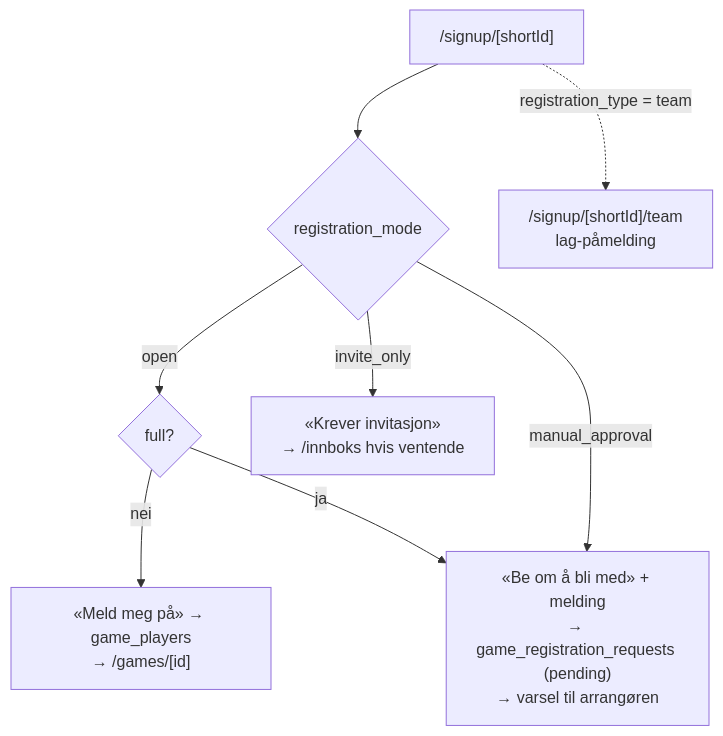
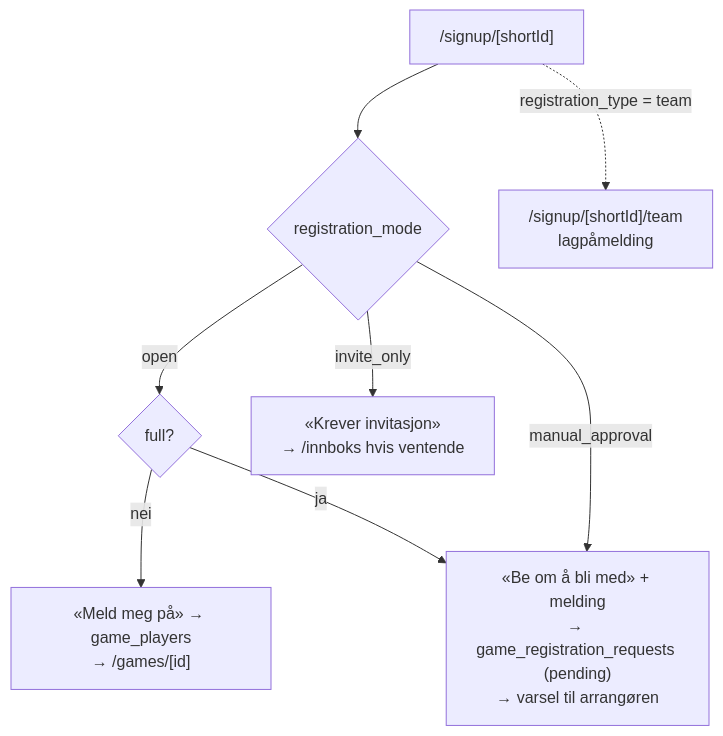
The third of 6 diagrams in docs/user-flows.md (jdlarssen/golf-app), drawn with Mermaid before and after one commit. The commit also changed other lines of this file, not shown here.

First line of the commit message:
docs(flows): the web's team form and team page after #2840 del 5

````diff
--- a/docs/user-flows.md
+++ b/docs/user-flows.md
@@ -213,10 +213,10 @@
 ```mermaid
 flowchart TD
   S["/signup/[shortId]"] --> M{registration_mode}
   M -- open --> F{full?}
   F -- nei --> O["«Meld meg på» → game_players<br/>→ /games/[id]"]
   F -- ja --> R
   M -- manual_approval --> R["«Be om å bli med» + melding<br/>→ game_registration_requests (pending)<br/>→ varsel til arrangøren"]
   M -- invite_only --> I["«Krever invitasjon»<br/>→ /innboks hvis ventende"]
-  S -. "registration_type = team" .-> T["/signup/[shortId]/team<br/>lag-påmelding"]
+  S -. "registration_type = team" .-> T["/signup/[shortId]/team<br/>lagpåmelding"]
 ```
````
